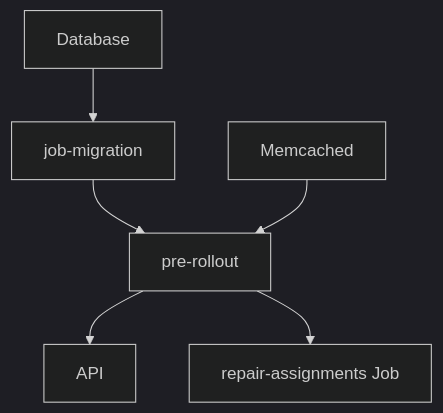
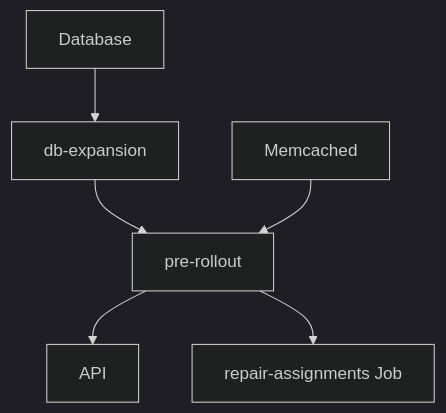
The first of 2 diagrams in openstack/keystone/README.md (sapcc/helm-charts), drawn with Mermaid (dark theme) before and after one commit. The commit also changed other lines of this file and 13 other files, not shown here.

````diff
--- a/openstack/keystone/README.md
+++ b/openstack/keystone/README.md
@@ -42,8 +42,8 @@
 ```mermaid
 flowchart TD
-    DB[Database] --> MIG[job-migration]
+    DB[Database] --> MIG[db-expansion]
     MIG --> PRE[pre-rollout]
     CACHE[Memcached] --> PRE
     PRE --> API[API]
     PRE --> REPAIR[repair-assignments Job]
 ```
````
